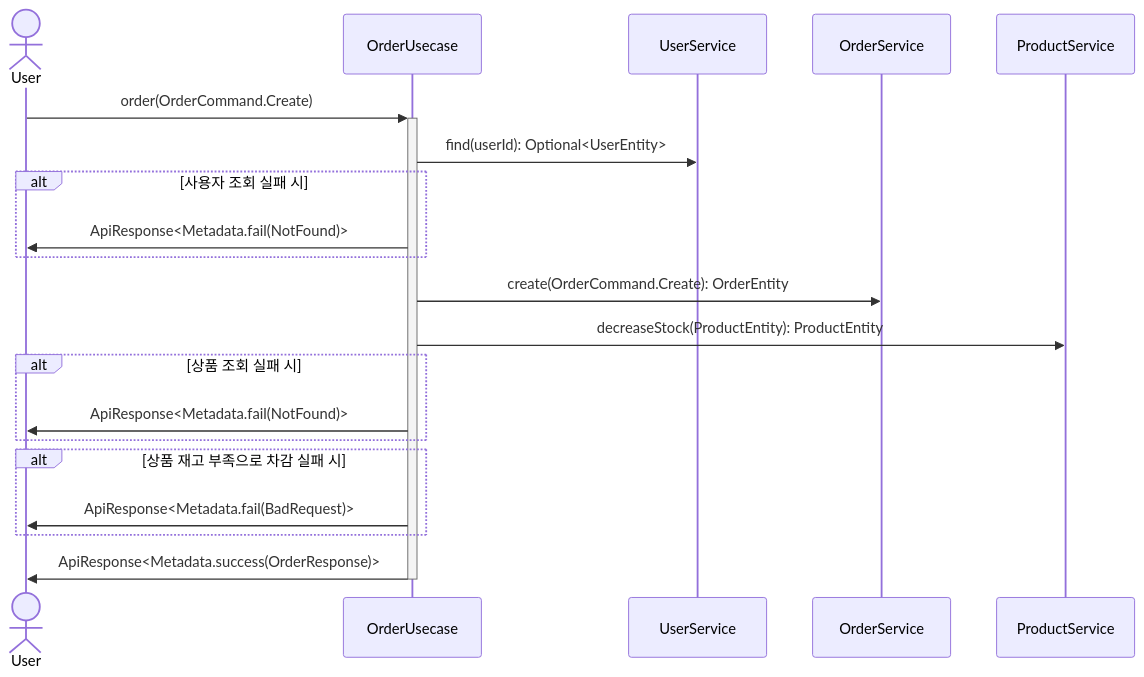
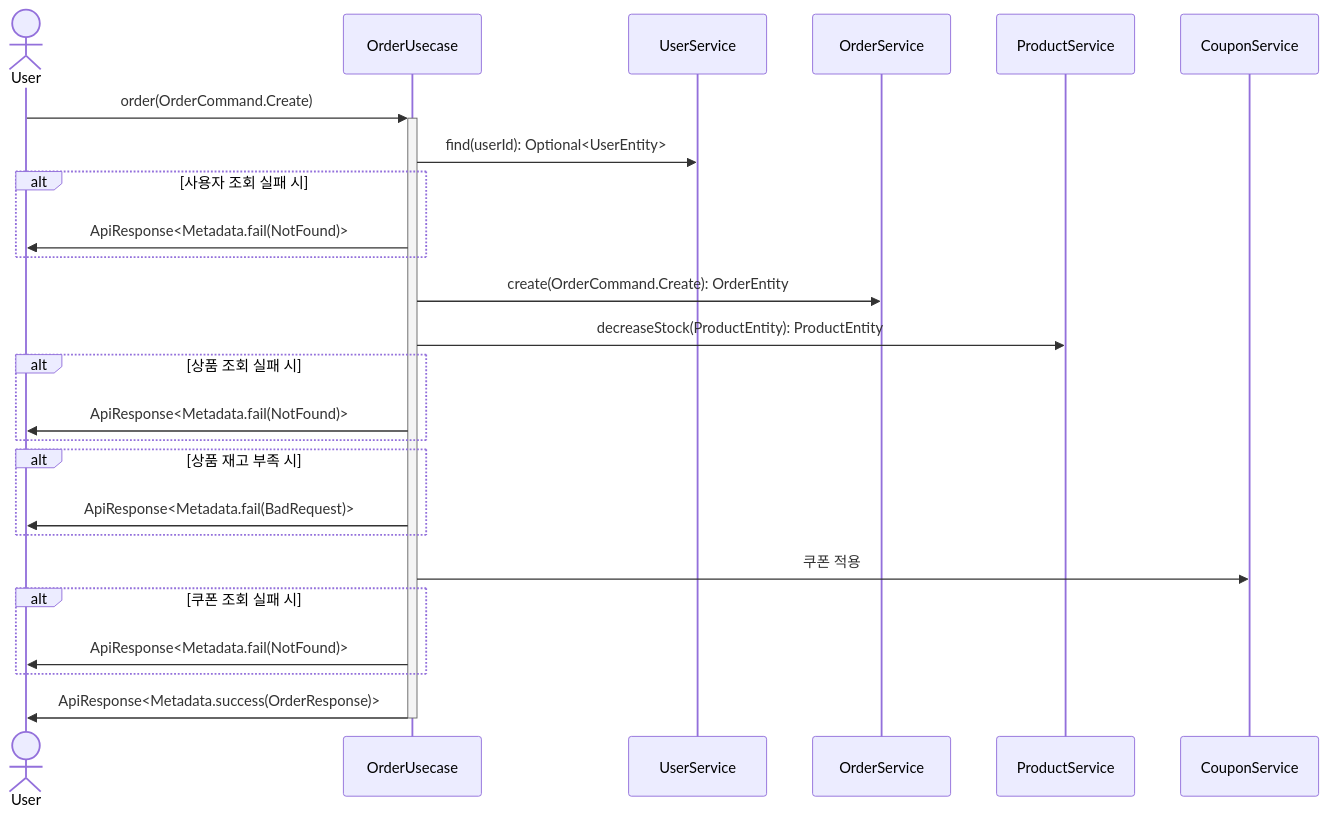
The seventh of 10 diagrams in docs/design/02-sequence-diagrams.md (Iol-lshh/loopers_be_practice_byjava), drawn with Mermaid before and after one commit. The commit also changed other lines of this file and 2 other files, not shown here.

Commit message:
feat: 쿠폰 할인 설계

````diff
--- a/docs/design/02-sequence-diagrams.md
+++ b/docs/design/02-sequence-diagrams.md
@@ -126,18 +126,22 @@
 ```mermaid
 sequenceDiagram
     actor User
     User->>+OrderUsecase: order(OrderCommand.Create)
     OrderUsecase->>UserService: find(userId): Optional<UserEntity>
     alt 사용자 조회 실패 시
         OrderUsecase->>User: ApiResponse<Metadata.fail(NotFound)>
     end
     OrderUsecase->>OrderService: create(OrderCommand.Create): OrderEntity
     OrderUsecase->>ProductService: decreaseStock(ProductEntity): ProductEntity
     alt 상품 조회 실패 시
         OrderUsecase->>User: ApiResponse<Metadata.fail(NotFound)>
     end
-    alt 상품 재고 부족으로 차감 실패 시
+    alt 상품 재고 부족 시
         OrderUsecase->>User: ApiResponse<Metadata.fail(BadRequest)>
+    end
+    OrderUsecase->>CouponService: 쿠폰 적용
+    alt 쿠폰 조회 실패 시
+        OrderUsecase->>User: ApiResponse<Metadata.fail(NotFound)>
     end
     OrderUsecase->>-User: ApiResponse<Metadata.success(OrderResponse)>
 ```
````
